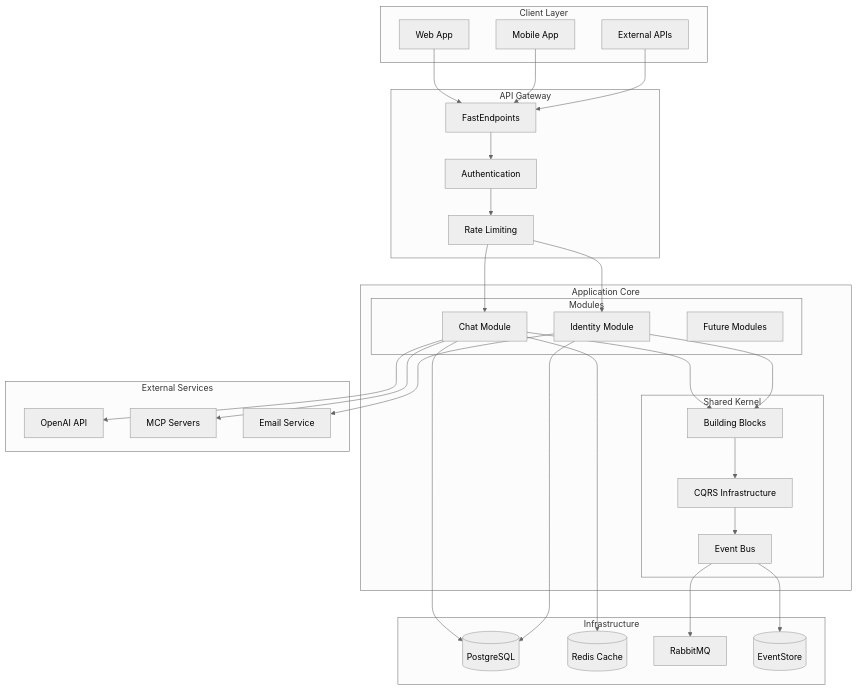
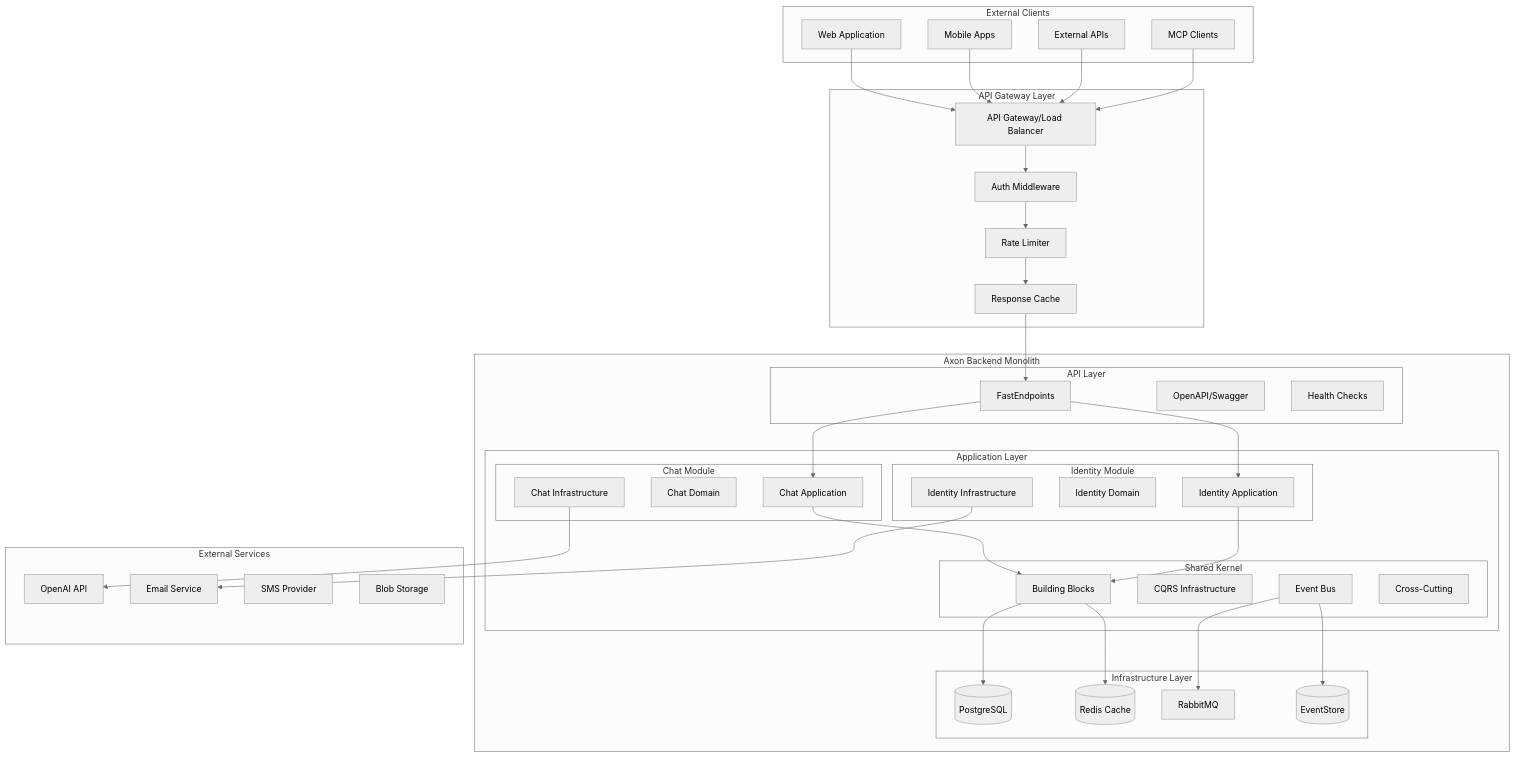
One commit to valentynkt/Axon-Backend-Github changed the first of 3 diagrams in Docs/Technical/02_ARCHITECTURE.md. Above: the diagram before and after it, drawn with Mermaid (neutral theme). The commit also changed other lines of this file and 7 other files, not shown here.

````diff
--- a/Docs/Technical/02_ARCHITECTURE.md
+++ b/Docs/Technical/02_ARCHITECTURE.md
@@ -35,67 +55,83 @@
 ```mermaid
 graph TB
-    subgraph "Client Layer"
-        WEB[Web App]
-        MOB[Mobile App]
+    subgraph "External Clients"
+        WEB[Web Application]
+        MOB[Mobile Apps]
         API[External APIs]
+        MCP[MCP Clients]
     end
     
-    subgraph "API Gateway"
-        FAST[FastEndpoints]
-        AUTH[Authentication]
-        RL[Rate Limiting]
+    subgraph "API Gateway Layer"
+        GW[API Gateway/Load Balancer]
+        AUTH[Auth Middleware]
+        RL[Rate Limiter]
+        CACHE[Response Cache]
     end
     
-    subgraph "Application Core"
-        subgraph "Modules"
-            CHAT[Chat Module]
-            IDENT[Identity Module]
-            FUTURE[Future Modules]
+    subgraph "Axon Backend Monolith"
+        subgraph "API Layer"
+            FAST[FastEndpoints]
+            SWAGGER[OpenAPI/Swagger]
+            HEALTH[Health Checks]
         end
         
-        subgraph "Shared Kernel"
-            BB[Building Blocks]
-            CQRS[CQRS Infrastructure]
-            EVT[Event Bus]
+        subgraph "Application Layer"
+            subgraph "Chat Module"
+                CHAT_APP[Chat Application]
+                CHAT_DOM[Chat Domain]
+                CHAT_INFRA[Chat Infrastructure]
+            end
+            
+            subgraph "Identity Module"
+                ID_APP[Identity Application]
+                ID_DOM[Identity Domain]
+                ID_INFRA[Identity Infrastructure]
+            end
+            
+            subgraph "Shared Kernel"
+                BB[Building Blocks]
+                CQRS[CQRS Infrastructure]
+                EVT[Event Bus]
+                CROSS[Cross-Cutting]
+            end
         end
-    end
-    
-    subgraph "Infrastructure"
-        PG[(PostgreSQL)]
-        REDIS[(Redis Cache)]
-        RABBIT[RabbitMQ]
-        ES[(EventStore)]
+        
+        subgraph "Infrastructure Layer"
+            PG[(PostgreSQL)]
+            REDIS[(Redis Cache)]
+            RABBIT[RabbitMQ]
+            ES[(EventStore)]
+        end
     end
     
     subgraph "External Services"
         AI[OpenAI API]
-        MCP[MCP Servers]
         EMAIL[Email Service]
+        SMS[SMS Provider]
+        BLOB[Blob Storage]
     end
     
-    WEB --> FAST
-    MOB --> FAST
-    API --> FAST
+    WEB --> GW
+    MOB --> GW
+    API --> GW
+    MCP --> GW
     
-    FAST --> AUTH
+    GW --> AUTH
     AUTH --> RL
-    RL --> CHAT
-    RL --> IDENT
+    RL --> CACHE
+    CACHE --> FAST
     
-    CHAT --> BB
-    IDENT --> BB
+    FAST --> CHAT_APP
+    FAST --> ID_APP
     
-    BB --> CQRS
-    CQRS --> EVT
+    CHAT_APP --> BB
+    ID_APP --> BB
     
-    CHAT --> PG
-    CHAT --> REDIS
-    CHAT --> AI
-    CHAT --> MCP
-    
+    BB --> PG
+    BB --> REDIS
     EVT --> RABBIT
     EVT --> ES
     
-    IDENT --> PG
-    IDENT --> EMAIL
+    CHAT_INFRA --> AI
+    ID_INFRA --> EMAIL
 ```
````
